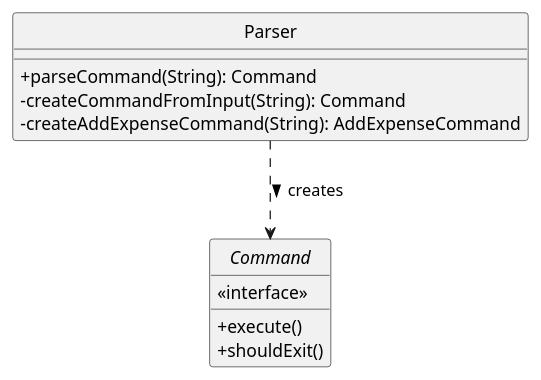
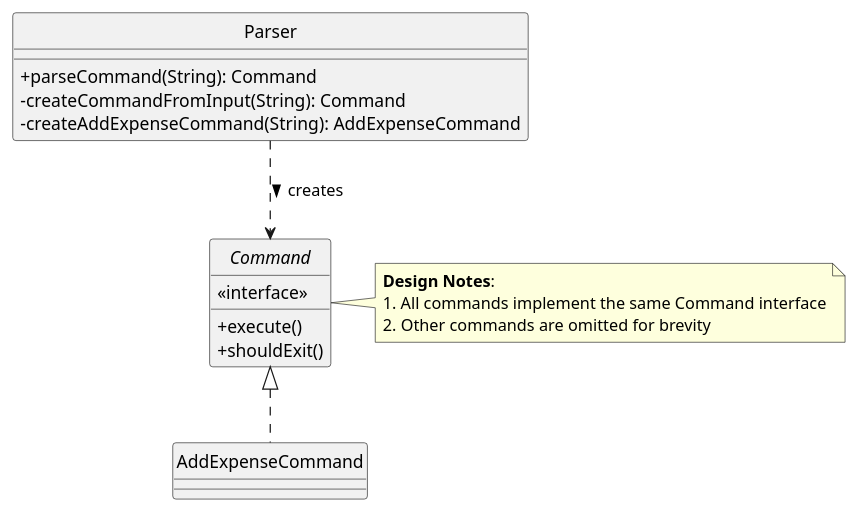
Before and after one commit to EdwinTun98/tp: the diagram in docs/diagrams/Parser_Class.puml, drawn with PlantUML. The commit also changed 41 other files, not shown here.

```diff
--- a/docs/diagrams/Parser_Class.puml
+++ b/docs/diagrams/Parser_Class.puml
@@ -1,18 +1,26 @@
 @startuml Parser_ClassDiagram
 hide circle
 skinparam classAttributeIconSize 0
 
 class Parser {
   + parseCommand(String): Command
   - createCommandFromInput(String): Command
   - createAddExpenseCommand(String): AddExpenseCommand
 }
 
 interface Command {
   <<interface>>
   + execute()
   + shouldExit()
 }
 
+Command <|.. AddExpenseCommand
+
 Parser ..> Command : creates >
+
+note right of Command
+  **Design Notes**:
+  1. All commands implement the same Command interface
+  2. Other commands are omitted for brevity
+end note
 @enduml
```
